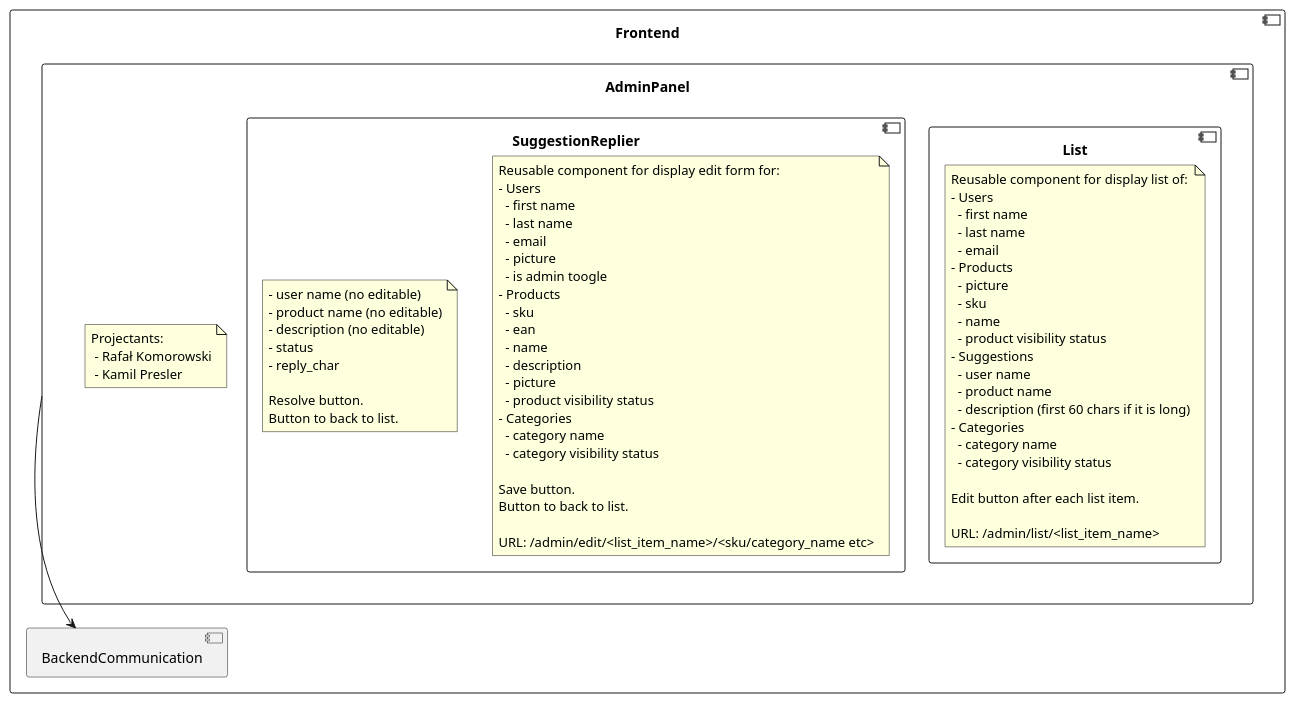
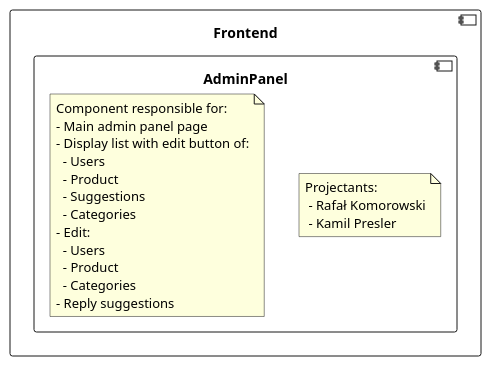
The first of 2 diagrams in frontend/AdminPanel.md (RadekBucki/OpinionCollectorArchitecture), drawn with PlantUML before and after one commit. The commit also changed other lines of this file, not shown here.

Commit message:
AdminPanel description

```diff
--- a/frontend/AdminPanel.md
+++ b/frontend/AdminPanel.md
@@ -10,76 +10,21 @@
              - Rafał Komorowski
              - Kamil Presler
         endnote
-        component List {
-            note as ListDescription
-                Reusable component for display list of:
-                - Users
-                  - first name
-                  - last name
-                  - email
-                - Products
-                  - picture
-                  - sku
-                  - name
-                  - product visibility status
-                - Suggestions
-                  - user name
-                  - product name
-                  - description (first 60 chars if it is long)
-                - Categories
-                  - category name
-                  - category visibility status
-                
-                Edit button after each list item.
-                
-                URL: /admin/list/<list_item_name>
-            endnote
-        }
-        component SuggestionReplier {
-            note as EditDescription
-                Reusable component for display edit form for:
-                - Users
-                  - first name
-                  - last name
-                  - email
-                  - picture
-                  - is admin toogle
-                - Products
-                  - sku
-                  - ean
-                  - name
-                  - description
-                  - picture
-                  - product visibility status
-                - Categories
-                  - category name
-                  - category visibility status
-                
-                Save button.
-                Button to back to list.
-                
-                URL: /admin/edit/<list_item_name>/<sku/category_name etc>
-            endnote
-        }
-        
-        component SuggestionReplier {
-            note as SuggestionReplierDescription
-              - user name (no editable)
-              - product name (no editable)
-              - description (no editable)
-              - status
-              - reply_char
-                
-              Resolve button.
-              Button to back to list.
-          endnote
-        }
+        note as Description
+            Component responsible for:
+            - Main admin panel page
+            - Display list with edit button of:
+              - Users
+              - Product
+              - Suggestions
+              - Categories
+            - Edit:
+              - Users
+              - Product
+              - Categories
+            - Reply suggestions
+        endnote
     }
-    
-    component BackendCommunication {
-    }
-
-    AdminPanel --> BackendCommunication
 }
 
 @enduml 
```
